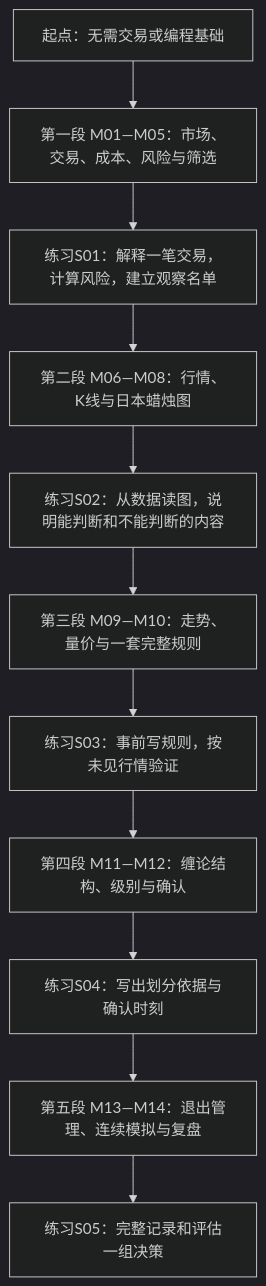
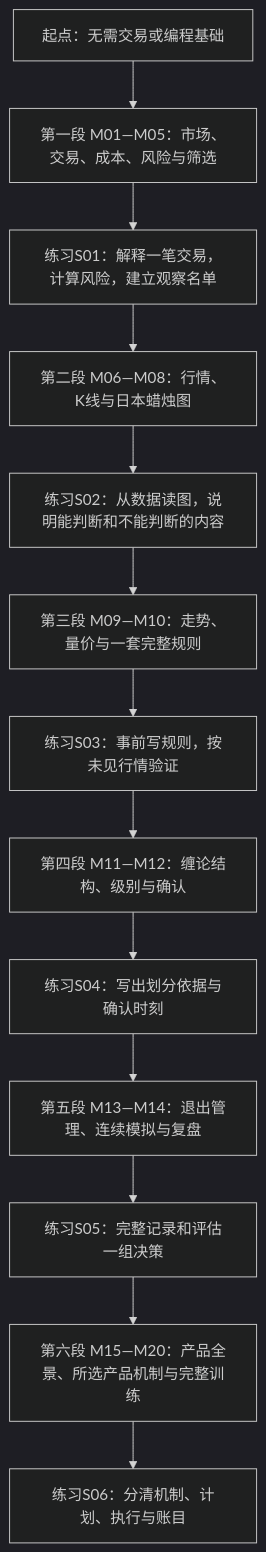
One commit to airpot/ashare-market-learning changed the first of 2 diagrams in references/roadmap.md. Above: the diagram before and after it, drawn with Mermaid (dark theme). The commit also changed other lines of this file and 12 other files, not shown here.

````diff
--- a/references/roadmap.md
+++ b/references/roadmap.md
@@ -5,13 +5,15 @@
 ```mermaid
 flowchart TB
   A["起点：无需交易或编程基础"] --> B["第一段 M01—M05：市场、交易、成本、风险与筛选"]
   B --> C["练习S01：解释一笔交易，计算风险，建立观察名单"]
   C --> D["第二段 M06—M08：行情、K线与日本蜡烛图"]
   D --> E["练习S02：从数据读图，说明能判断和不能判断的内容"]
   E --> F["第三段 M09—M10：走势、量价与一套完整规则"]
   F --> G["练习S03：事前写规则，按未见行情验证"]
   G --> H["第四段 M11—M12：缠论结构、级别与确认"]
   H --> I["练习S04：写出划分依据与确认时刻"]
   I --> J["第五段 M13—M14：退出管理、连续模拟与复盘"]
   J --> K["练习S05：完整记录和评估一组决策"]
+  K --> L["第六段 M15—M20：产品全景、所选产品机制与完整训练"]
+  L --> M["练习S06：分清机制、计划、执行与账目"]
 ```
````
